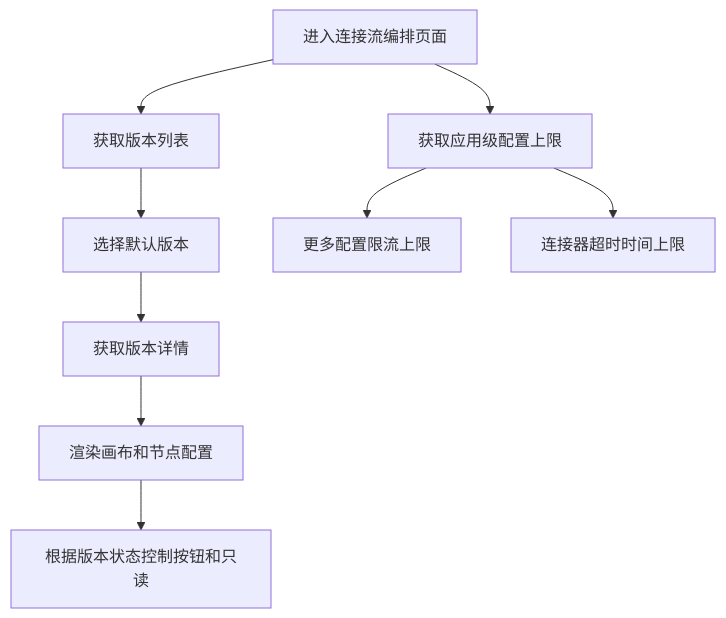
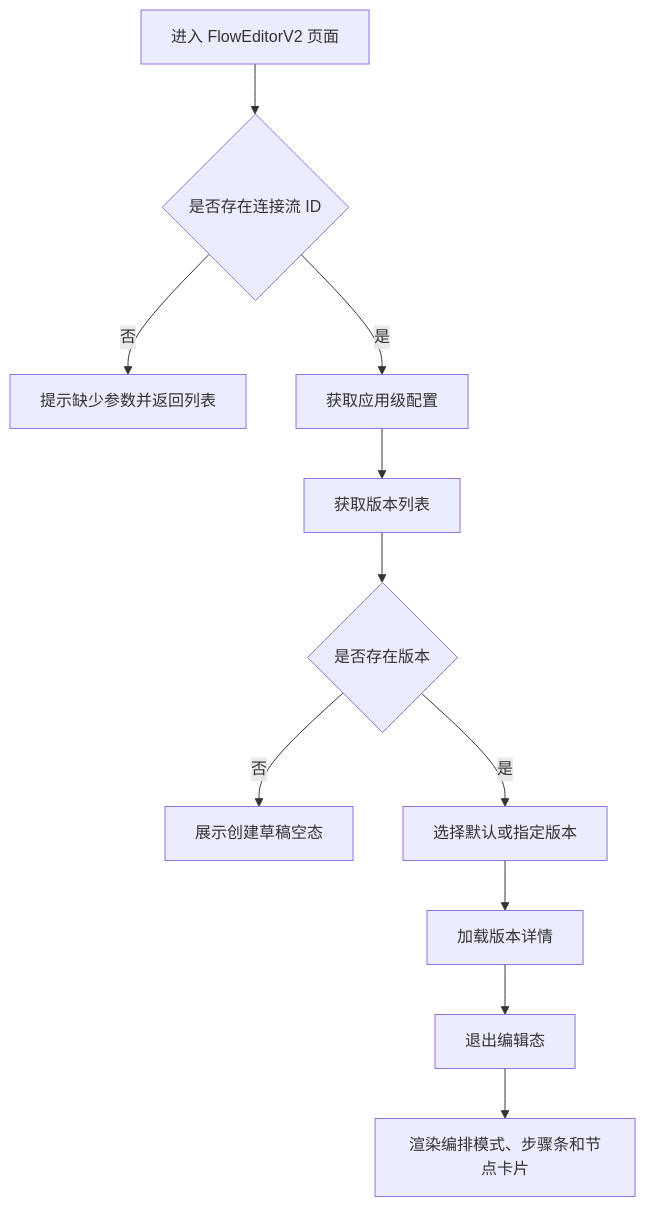
One commit to THZSummer/open-app changed the third of 11 diagrams in front/doc/2026年6月文档/连接流配置需求设计说明书.md. Above: the diagram before and after it, drawn with Mermaid. The commit also changed other lines of this file, not shown here.

````diff
--- a/front/doc/2026年6月文档/连接流配置需求设计说明书.md
+++ b/front/doc/2026年6月文档/连接流配置需求设计说明书.md
@@ -205,11 +222,13 @@
 ```mermaid
 flowchart TB
-  Init[进入连接流编排页面] --> LoadAppConfig[获取应用级配置上限]
-  Init --> LoadVersions[获取版本列表]
-  LoadVersions --> SelectVersion[选择默认版本]
-  SelectVersion --> LoadDetail[获取版本详情]
-  LoadDetail --> RenderCanvas[渲染画布和节点配置]
-  LoadAppConfig --> MoreConfig[更多配置限流上限]
-  LoadAppConfig --> ConnectorTimeout[连接器超时时间上限]
-  RenderCanvas --> StatusControl[根据版本状态控制按钮和只读]
+  Init[进入 FlowEditorV2 页面] --> CheckFlowId{是否存在连接流 ID}
+  CheckFlowId -->|否| BackList[提示缺少参数并返回列表]
+  CheckFlowId -->|是| LoadAppConfig[获取应用级配置]
+  LoadAppConfig --> LoadVersions[获取版本列表]
+  LoadVersions --> HasVersion{是否存在版本}
+  HasVersion -->|否| EmptyState[展示创建草稿空态]
+  HasVersion -->|是| SelectVersion[选择默认或指定版本]
+  SelectVersion --> LoadDetail[加载版本详情]
+  LoadDetail --> ExitEdit[退出编辑态]
+  ExitEdit --> RenderEditor[渲染编排模式、步骤条和节点卡片]
 ```
````
